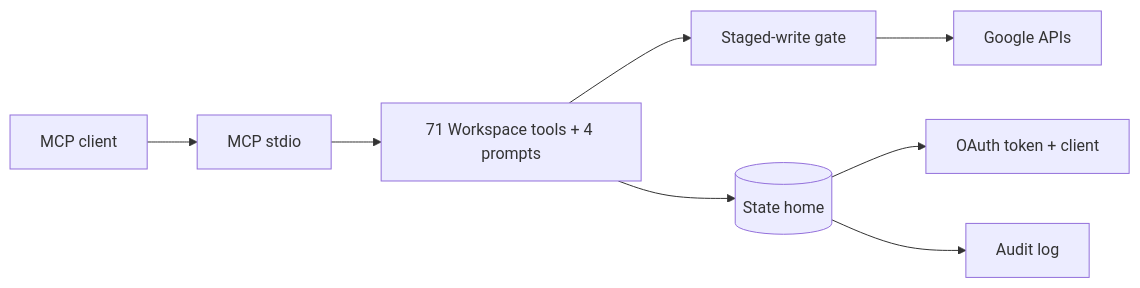
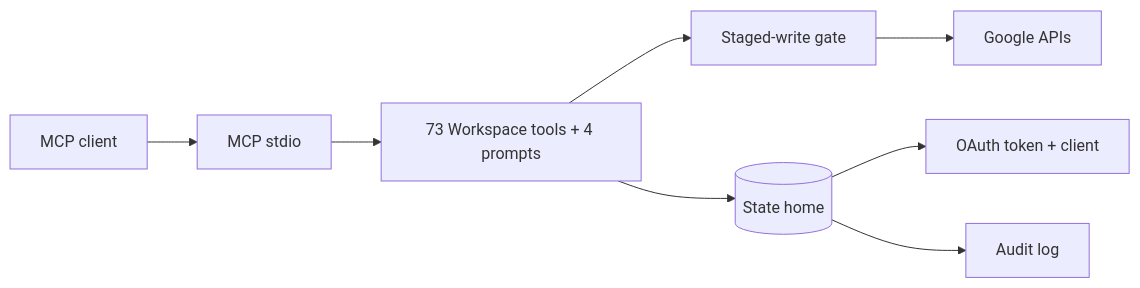
Before and after one commit to cikeyz/google-workspace-mcp: the diagram in README.md, drawn with Mermaid. The commit also changed other lines of this file and 6 other files, not shown here.

````diff
--- a/README.md
+++ b/README.md
@@ -79,10 +79,10 @@
 ```mermaid
 flowchart LR
   Client[MCP client] --> Stdio[MCP stdio]
-  Stdio --> Tools[71 Workspace tools + 4 prompts]
+  Stdio --> Tools[73 Workspace tools + 4 prompts]
   Tools --> Stage[Staged-write gate]
   Stage --> Google[Google APIs]
   Tools --> State[(State home)]
   State --> Token[OAuth token + client]
   State --> Audit[Audit log]
 ```
````
